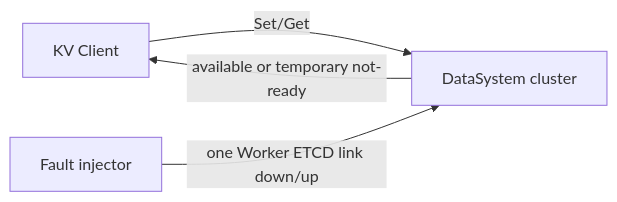
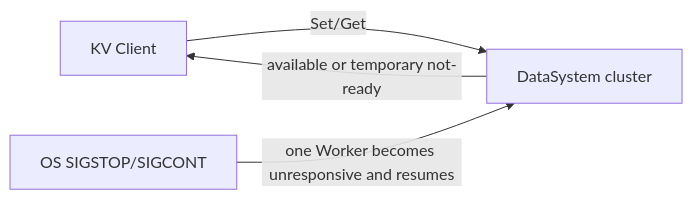
One commit to CheYulin/yuanrong-datasystem-agent-workbench changed the first of 6 diagrams in rfc/2026-08-10-etcd-membership-lease-rebind-recovery/detailed-design.md. Above: the diagram before and after it, drawn with Mermaid. The commit also changed other lines of this file, not shown here.

Commit message:
docs: design OS-suspended worker recovery ST

````diff
--- a/rfc/2026-08-10-etcd-membership-lease-rebind-recovery/detailed-design.md
+++ b/rfc/2026-08-10-etcd-membership-lease-rebind-recovery/detailed-design.md
@@ -76,6 +76,6 @@
 ```mermaid
 flowchart LR
     U["KV Client"] -->|Set/Get| M["DataSystem cluster"]
-    F["Fault injector"] -->|one Worker ETCD link down/up| M
+    F["OS SIGSTOP/SIGCONT"] -->|one Worker becomes unresponsive and resumes| M
     M -->|available or temporary not-ready| U
 ```
````
